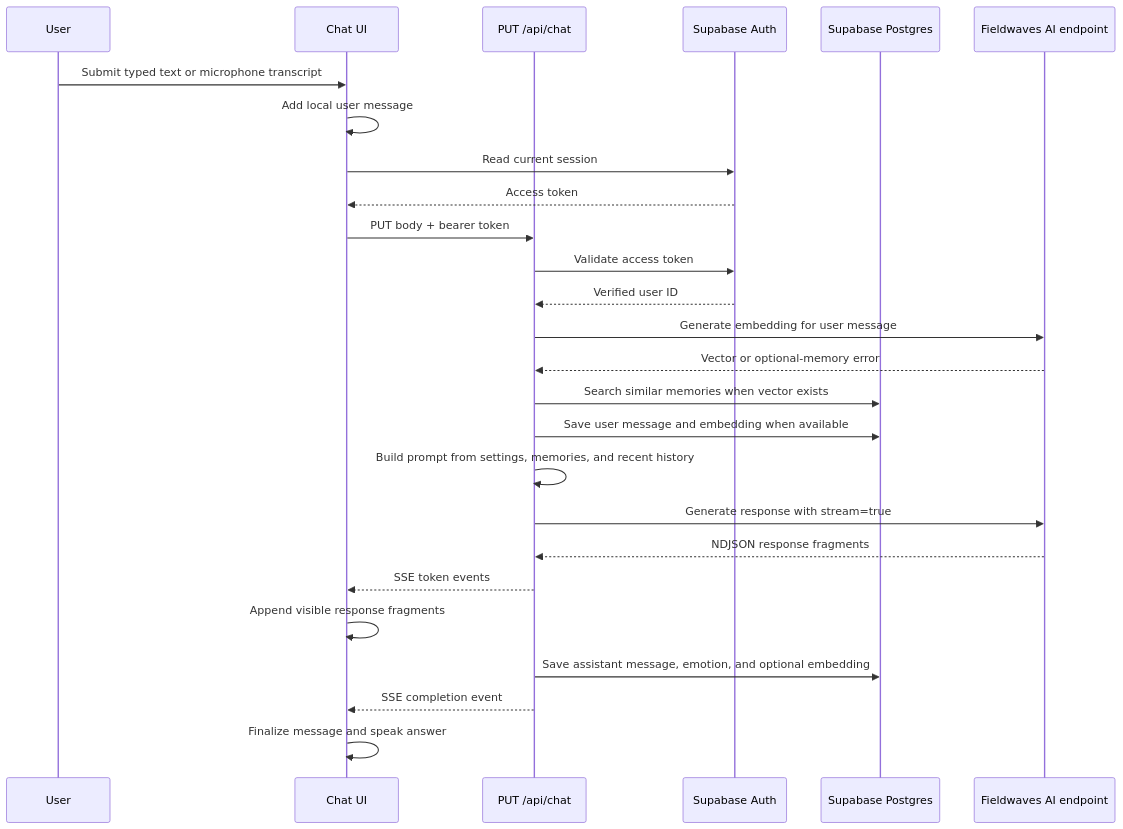
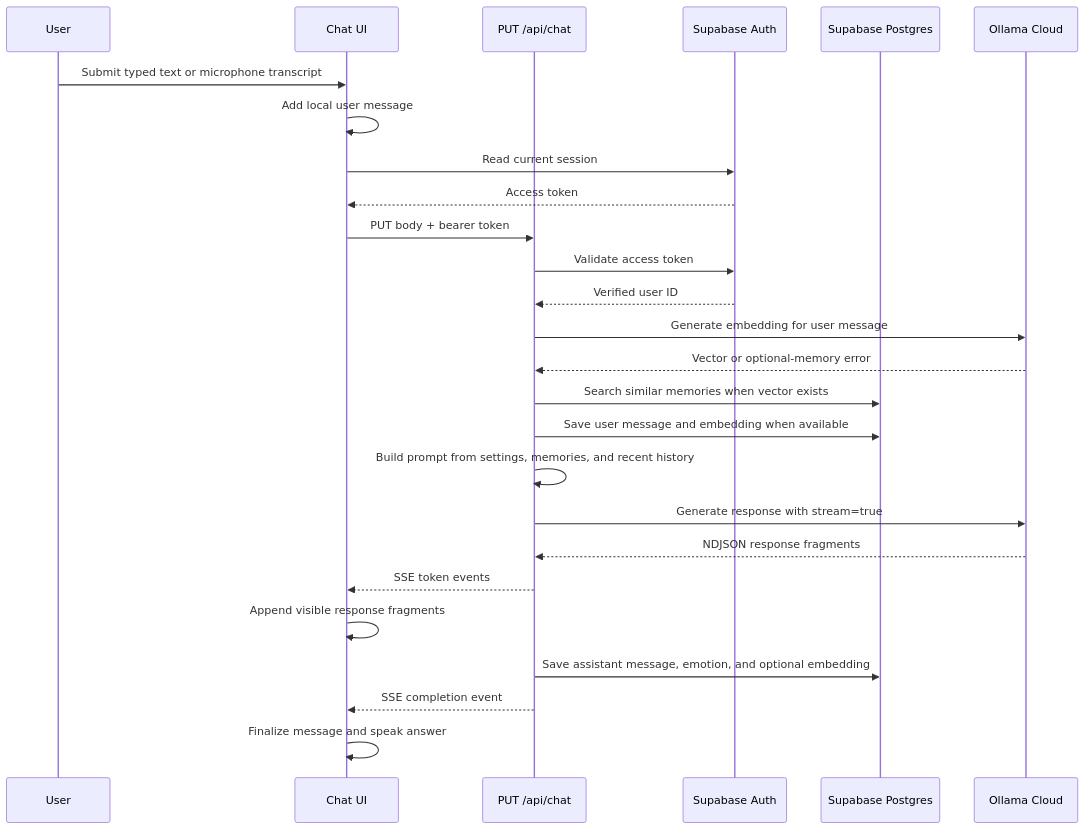
Before and after one commit to mardan-shah/voice-app: the fifth of 9 diagrams in README.md, drawn with Mermaid. The commit also changed other lines of this file and 22 other files, not shown here.

````diff
--- a/README.md
+++ b/README.md
@@ -703,29 +707,29 @@
 ```mermaid
 sequenceDiagram
     participant User
     participant UI as Chat UI
     participant API as PUT /api/chat
     participant Auth as Supabase Auth
     participant DB as Supabase Postgres
-    participant AI as Fieldwaves AI endpoint
+    participant AI as Ollama Cloud
 
     User->>UI: Submit typed text or microphone transcript
     UI->>UI: Add local user message
     UI->>Auth: Read current session
     Auth-->>UI: Access token
     UI->>API: PUT body + bearer token
     API->>Auth: Validate access token
     Auth-->>API: Verified user ID
     API->>AI: Generate embedding for user message
     AI-->>API: Vector or optional-memory error
     API->>DB: Search similar memories when vector exists
     API->>DB: Save user message and embedding when available
     API->>API: Build prompt from settings, memories, and recent history
     API->>AI: Generate response with stream=true
     AI-->>API: NDJSON response fragments
     API-->>UI: SSE token events
     UI->>UI: Append visible response fragments
     API->>DB: Save assistant message, emotion, and optional embedding
     API-->>UI: SSE completion event
     UI->>UI: Finalize message and speak answer
 ```
````
